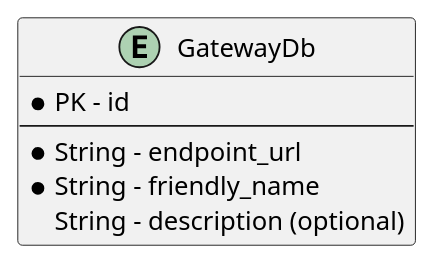
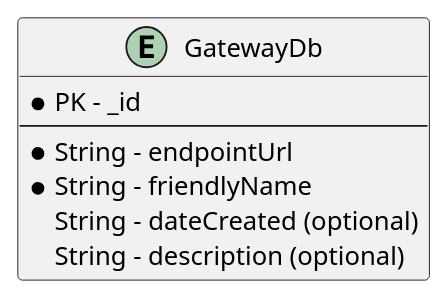
Before and after one commit to CameronWard301/communication_scheduler: the diagram in Designs/Database/gatewayDbSchema.puml, drawn with PlantUML. The commit also changed 40 other files, not shown here.

Commit message:
Updated diagrams and images

```diff
--- a/Designs/Database/gatewayDbSchema.puml
+++ b/Designs/Database/gatewayDbSchema.puml
@@ -1,11 +1,12 @@
 @startuml Gateway Database Schema
 
 entity GatewayDb {
-    * PK - id
+    * PK - _id
     --
-    * String - endpoint_url
-    * String - friendly_name
+    * String - endpointUrl
+    * String - friendlyName
+    String - dateCreated (optional)
     String - description (optional)
 }
 
 @enduml
```
